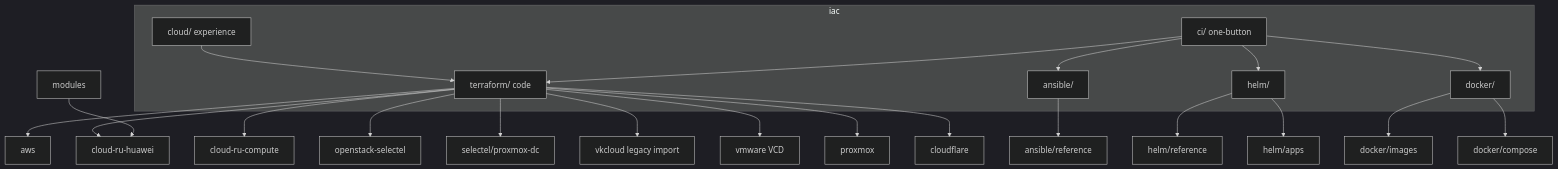
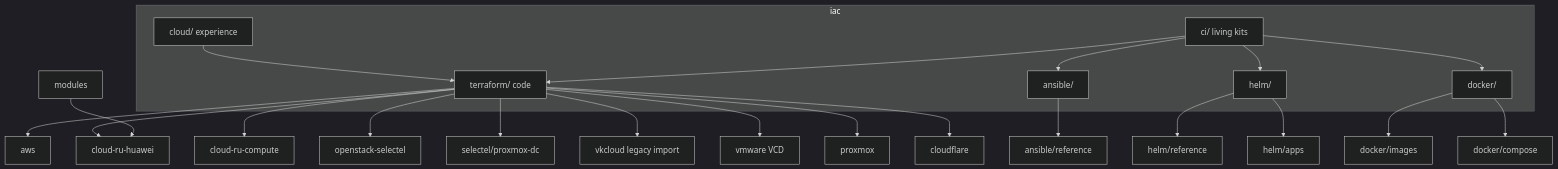
One commit to NarberallGamma/narberall-platform-engineer-lab changed the second of 4 diagrams in README.md. Above: the diagram before and after it, drawn with Mermaid (dark theme). The commit also changed other lines of this file and 226 other files, not shown here.

````diff
--- a/README.md
+++ b/README.md
@@ -304,31 +304,31 @@
 ```mermaid
 flowchart TB
   subgraph iac [iac]
     Cloud[cloud/ experience]
     TF[terraform/ code]
     ANS[ansible/]
     Helm[helm/]
     Dock[docker/]
-    CI[ci/ one-button]
+    CI[ci/ living kits]
   end
   Cloud --> TF
   ANS --> RefA[ansible/reference]
   Helm --> RefH[helm/reference]
   Helm --> AppsH[helm/apps]
   Dock --> ImgD[docker/images]
   Dock --> CompD[docker/compose]
   CI --> TF
   CI --> ANS
   CI --> Helm
   CI --> Dock
   TF --> AWS[aws]
   TF --> CR[cloud-ru-huawei]
   TF --> CRC[cloud-ru-compute]
   TF --> OS[openstack-selectel]
   TF --> SEL[selectel/proxmox-dc]
   TF --> VK[vkcloud legacy import]
   TF --> VMw[vmware VCD]
   TF --> PX[proxmox]
   TF --> CF[cloudflare]
   Mods[modules] --> CR
 ```
````
